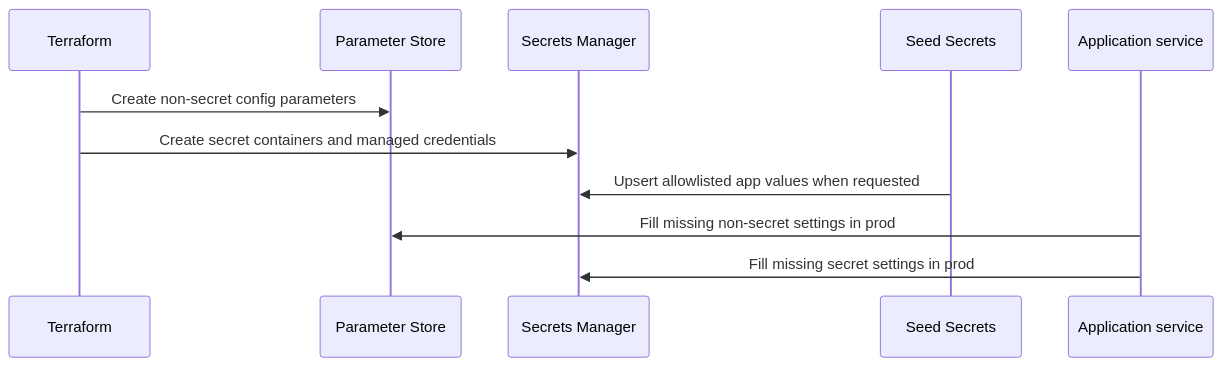
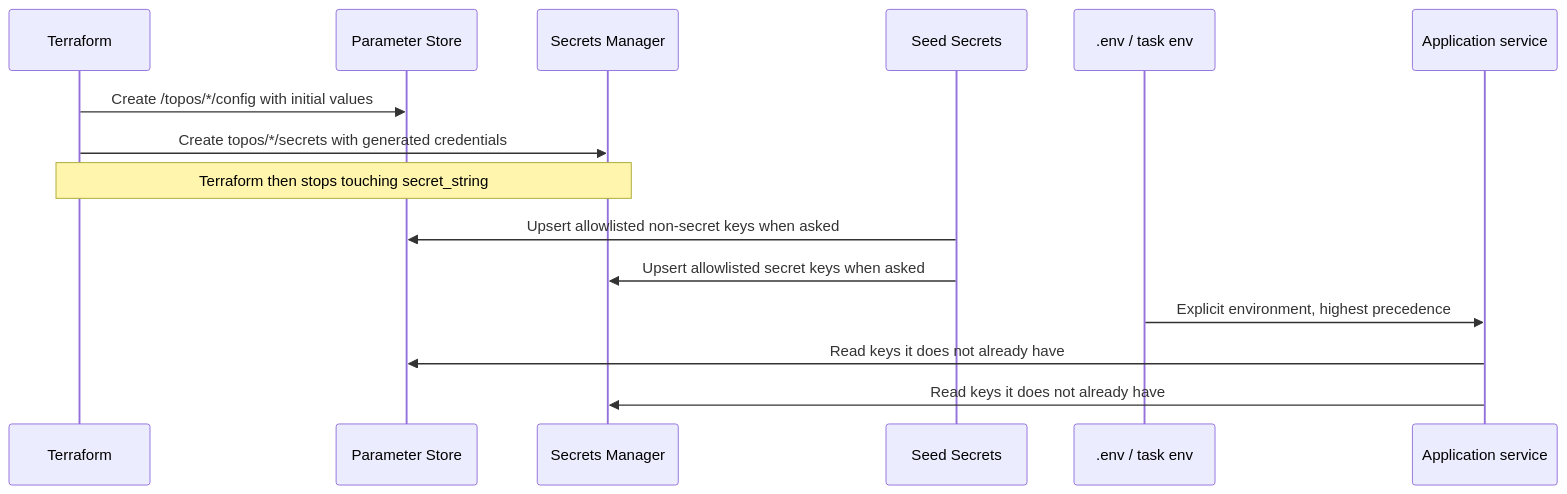
The diagram in infrastructure/docs/components/configuration-and-secrets.md (kunalPisolkar24/topos), drawn with Mermaid before and after one commit. The commit also changed other lines of this file and 16 other files, not shown here.

````diff
--- a/infrastructure/docs/components/configuration-and-secrets.md
+++ b/infrastructure/docs/components/configuration-and-secrets.md
@@ -6,14 +17,18 @@
 ```mermaid
 sequenceDiagram
-    participant T as Terraform
-    participant SSM as Parameter Store
-    participant SM as Secrets Manager
-    participant Seed as Seed Secrets
-    participant App as Application service
+  participant T as Terraform
+  participant SSM as Parameter Store
+  participant SM as Secrets Manager
+  participant SE as Seed Secrets
+  participant C as .env / task env
+  participant A as Application service
 
-    T->>SSM: Create non-secret config parameters
-    T->>SM: Create secret containers and managed credentials
-    Seed->>SM: Upsert allowlisted app values when requested
-    App->>SSM: Fill missing non-secret settings in prod
-    App->>SM: Fill missing secret settings in prod
+  T->>SSM: Create /topos/*/config with initial values
+  T->>SM: Create topos/*/secrets with generated credentials
+  Note over T,SM: Terraform then stops touching secret_string
+  SE->>SSM: Upsert allowlisted non-secret keys when asked
+  SE->>SM: Upsert allowlisted secret keys when asked
+  C->>A: Explicit environment, highest precedence
+  A->>SSM: Read keys it does not already have
+  A->>SM: Read keys it does not already have
 ```
````
